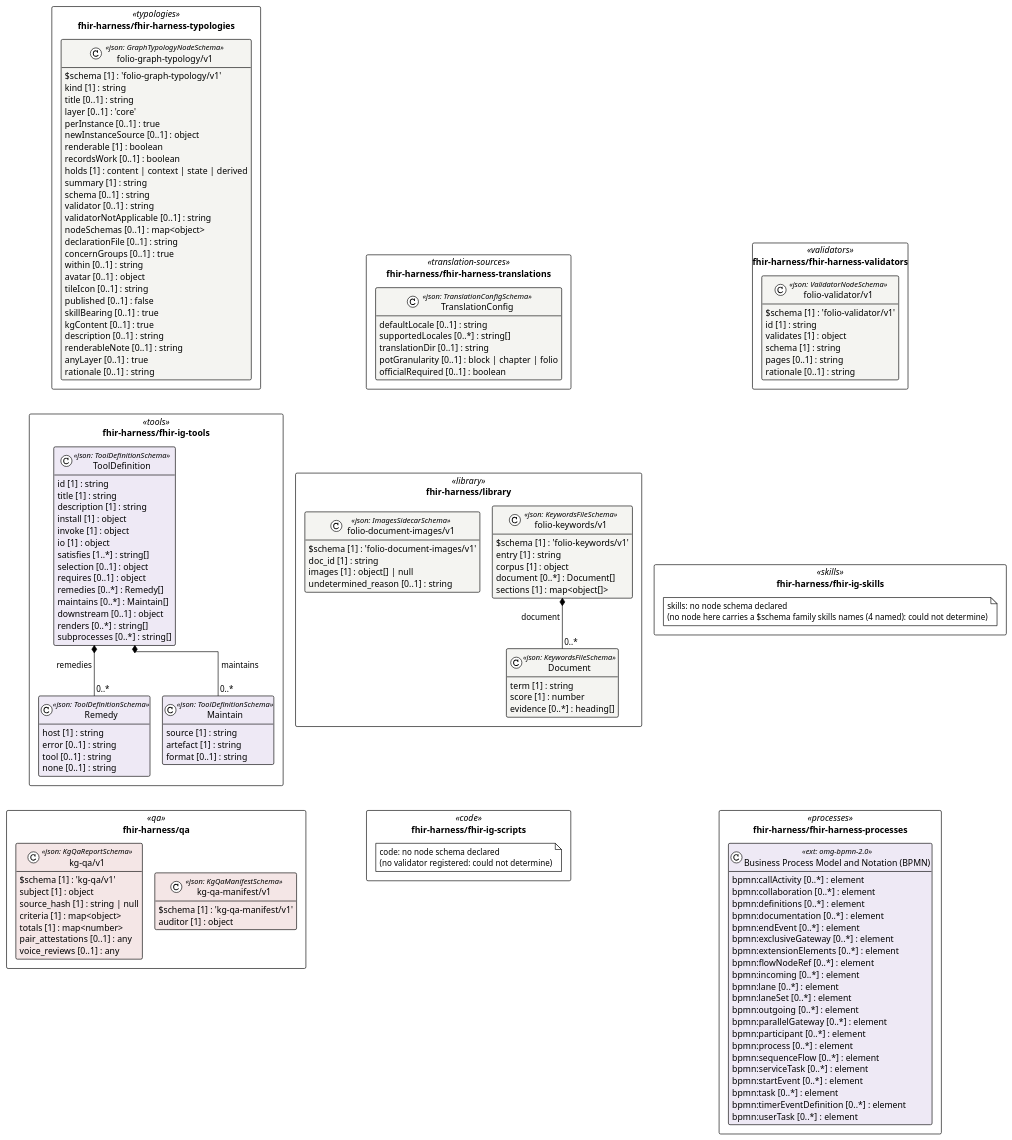
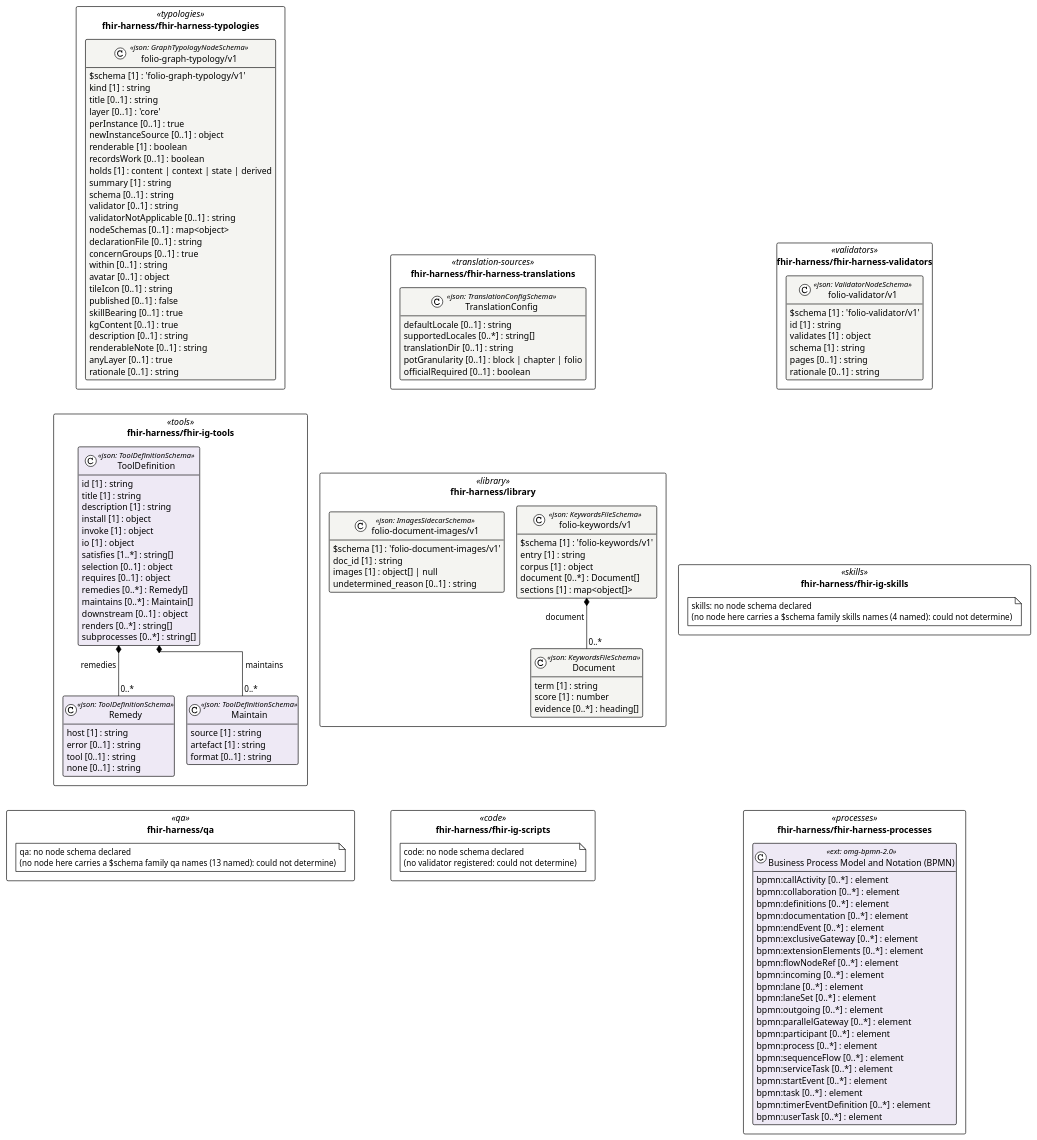
The diagram in cat-harness/uml/overview/fhir-harness.puml (litlfred/folio-assistant), drawn with PlantUML before and after one commit. The commit also changed 83 other files, not shown here.

First line of the commit message:
regenerate: skill:register artefacts for pinned-remote-dependency, the two Tools and the remote-mount schema fields

```diff
--- a/cat-harness/uml/overview/fhir-harness.puml
+++ b/cat-harness/uml/overview/fhir-harness.puml
@@ -3,164 +3,152 @@
 @startuml fhir_harness
 !pragma layout elk
 !theme plain
 skinparam classAttributeIconSize 0
 skinparam shadowing false
 skinparam packageStyle rectangle
 hide empty methods
 
 package "fhir-harness/fhir-harness-translations" as pkg_fhir_harness_fhir_harness_translations <<translation-sources>> {
   class "TranslationConfig" as fhir_harness_fhir_harness_translations_TranslationConfig <<json: TranslationConfigSchema>> #f4f4f1 {
     defaultLocale [0..1] : string
     supportedLocales [0..*] : string[]
     translationDir [0..1] : string
     potGranularity [0..1] : block | chapter | folio
     officialRequired [0..1] : boolean
   }
 }
 package "fhir-harness/fhir-harness-validators" as pkg_fhir_harness_fhir_harness_validators <<validators>> {
   class "folio-validator/v1" as fhir_harness_fhir_harness_validators_folio_validator_v1_folio_validator_v1 <<json: ValidatorNodeSchema>> #f4f4f1 {
     $schema [1] : 'folio-validator/v1'
     id [1] : string
     validates [1] : object
     schema [1] : string
     pages [0..1] : string
     rationale [0..1] : string
   }
 }
 package "fhir-harness/fhir-harness-typologies" as pkg_fhir_harness_fhir_harness_typologies <<typologies>> {
   class "folio-graph-typology/v1" as fhir_harness_fhir_harness_typologies_folio_graph_typology_v1_folio_graph_typology_v1 <<json: GraphTypologyNodeSchema>> #f4f4f1 {
     $schema [1] : 'folio-graph-typology/v1'
     kind [1] : string
     title [0..1] : string
     layer [0..1] : 'core'
     perInstance [0..1] : true
     newInstanceSource [0..1] : object
     renderable [1] : boolean
     recordsWork [0..1] : boolean
     holds [1] : content | context | state | derived
     summary [1] : string
     schema [0..1] : string
     validator [0..1] : string
     validatorNotApplicable [0..1] : string
     nodeSchemas [0..1] : map<object>
     declarationFile [0..1] : string
     concernGroups [0..1] : true
     within [0..1] : string
     avatar [0..1] : object
     tileIcon [0..1] : string
     published [0..1] : false
     skillBearing [0..1] : true
     kgContent [0..1] : true
     description [0..1] : string
     renderableNote [0..1] : string
     anyLayer [0..1] : true
     rationale [0..1] : string
   }
 }
 package "fhir-harness/library" as pkg_fhir_harness_library <<library>> {
   class "folio-document-images/v1" as fhir_harness_library_folio_document_images_v1_folio_document_images_v1 <<json: ImagesSidecarSchema>> #f4f4f1 {
     $schema [1] : 'folio-document-images/v1'
     doc_id [1] : string
     images [1] : object[] | null
     undetermined_reason [0..1] : string
   }
   class "Document" as fhir_harness_library_folio_keywords_v1_Document <<json: KeywordsFileSchema>> #f4f4f1 {
     term [1] : string
     score [1] : number
     evidence [0..*] : heading[]
   }
   class "folio-keywords/v1" as fhir_harness_library_folio_keywords_v1_folio_keywords_v1 <<json: KeywordsFileSchema>> #f4f4f1 {
     $schema [1] : 'folio-keywords/v1'
     entry [1] : string
     corpus [1] : object
     document [0..*] : Document[]
     sections [1] : map<object[]>
   }
 }
 package "fhir-harness/fhir-ig-skills" as pkg_fhir_harness_fhir_ig_skills <<skills>> {
   note "skills: no node schema declared\n(no node here carries a $schema family skills names (4 named): could not determine)" as n_fhir_harness_fhir_ig_skills_skills
 }
 package "fhir-harness/fhir-ig-tools" as pkg_fhir_harness_fhir_ig_tools <<tools>> {
   class "Remedy" as fhir_harness_fhir_ig_tools_Remedy <<json: ToolDefinitionSchema>> #eee9f5 {
     host [1] : string
     error [0..1] : string
     tool [0..1] : string
     none [0..1] : string
   }
   class "Maintain" as fhir_harness_fhir_ig_tools_Maintain <<json: ToolDefinitionSchema>> #eee9f5 {
     source [1] : string
     artefact [1] : string
     format [0..1] : string
   }
   class "ToolDefinition" as fhir_harness_fhir_ig_tools_ToolDefinition <<json: ToolDefinitionSchema>> #eee9f5 {
     id [1] : string
     title [1] : string
     description [1] : string
     install [1] : object
     invoke [1] : object
     io [1] : object
     satisfies [1..*] : string[]
     selection [0..1] : object
     requires [0..1] : object
     remedies [0..*] : Remedy[]
     maintains [0..*] : Maintain[]
     downstream [0..1] : object
     renders [0..*] : string[]
     subprocesses [0..*] : string[]
   }
 }
 package "fhir-harness/fhir-ig-scripts" as pkg_fhir_harness_fhir_ig_scripts <<code>> {
   note "code: no node schema declared\n(no validator registered: could not determine)" as n_fhir_harness_fhir_ig_scripts_code
 }
 package "fhir-harness/fhir-harness-processes" as pkg_fhir_harness_fhir_harness_processes <<processes>> {
   class "Business Process Model and Notation (BPMN)" as fhir_harness_fhir_harness_processes_omg_bpmn_2_0 <<ext: omg-bpmn-2.0>> #eee9f5 {
     bpmn:callActivity [0..*] : element
     bpmn:collaboration [0..*] : element
     bpmn:definitions [0..*] : element
     bpmn:documentation [0..*] : element
     bpmn:endEvent [0..*] : element
     bpmn:exclusiveGateway [0..*] : element
     bpmn:extensionElements [0..*] : element
     bpmn:flowNodeRef [0..*] : element
     bpmn:incoming [0..*] : element
     bpmn:lane [0..*] : element
     bpmn:laneSet [0..*] : element
     bpmn:outgoing [0..*] : element
     bpmn:parallelGateway [0..*] : element
     bpmn:participant [0..*] : element
     bpmn:process [0..*] : element
     bpmn:sequenceFlow [0..*] : element
     bpmn:serviceTask [0..*] : element
     bpmn:startEvent [0..*] : element
     bpmn:task [0..*] : element
     bpmn:timerEventDefinition [0..*] : element
     bpmn:userTask [0..*] : element
   }
 }
 package "fhir-harness/qa" as pkg_fhir_harness_qa <<qa>> {
-  class "kg-qa/v1" as fhir_harness_qa_kg_qa_v1_kg_qa_v1 <<json: KgQaReportSchema>> #f4e6e6 {
-    $schema [1] : 'kg-qa/v1'
-    subject [1] : object
-    source_hash [1] : string | null
-    criteria [1] : map<object>
-    totals [1] : map<number>
-    pair_attestations [0..1] : any
-    voice_reviews [0..1] : any
-  }
-  class "kg-qa-manifest/v1" as fhir_harness_qa_kg_qa_manifest_v1_kg_qa_manifest_v1 <<json: KgQaManifestSchema>> #f4e6e6 {
-    $schema [1] : 'kg-qa-manifest/v1'
-    auditor [1] : object
-  }
+  note "qa: no node schema declared\n(no node here carries a $schema family qa names (13 named): could not determine)" as n_fhir_harness_qa_qa
 }
 
 fhir_harness_library_folio_keywords_v1_folio_keywords_v1 *-- "0..*" fhir_harness_library_folio_keywords_v1_Document : document
 fhir_harness_fhir_ig_tools_ToolDefinition *-- "0..*" fhir_harness_fhir_ig_tools_Remedy : remedies
 fhir_harness_fhir_ig_tools_ToolDefinition *-- "0..*" fhir_harness_fhir_ig_tools_Maintain : maintains
 ' grid: portrait, 3 column(s) — pkg_fhir_harness_fhir_harness_translations pkg_fhir_harness_fhir_harness_validators pkg_fhir_harness_fhir_harness_typologies pkg_fhir_harness_library pkg_fhir_harness_fhir_ig_skills pkg_fhir_harness_fhir_ig_tools pkg_fhir_harness_fhir_ig_scripts pkg_fhir_harness_fhir_harness_processes pkg_fhir_harness_qa
 pkg_fhir_harness_fhir_harness_translations -[hidden]down- pkg_fhir_harness_library
 pkg_fhir_harness_fhir_harness_validators -[hidden]down- pkg_fhir_harness_fhir_ig_skills
 pkg_fhir_harness_fhir_harness_typologies -[hidden]down- pkg_fhir_harness_fhir_ig_tools
 pkg_fhir_harness_library -[hidden]down- pkg_fhir_harness_fhir_ig_scripts
 pkg_fhir_harness_fhir_ig_skills -[hidden]down- pkg_fhir_harness_fhir_harness_processes
 pkg_fhir_harness_fhir_ig_tools -[hidden]down- pkg_fhir_harness_qa
 @enduml
```
